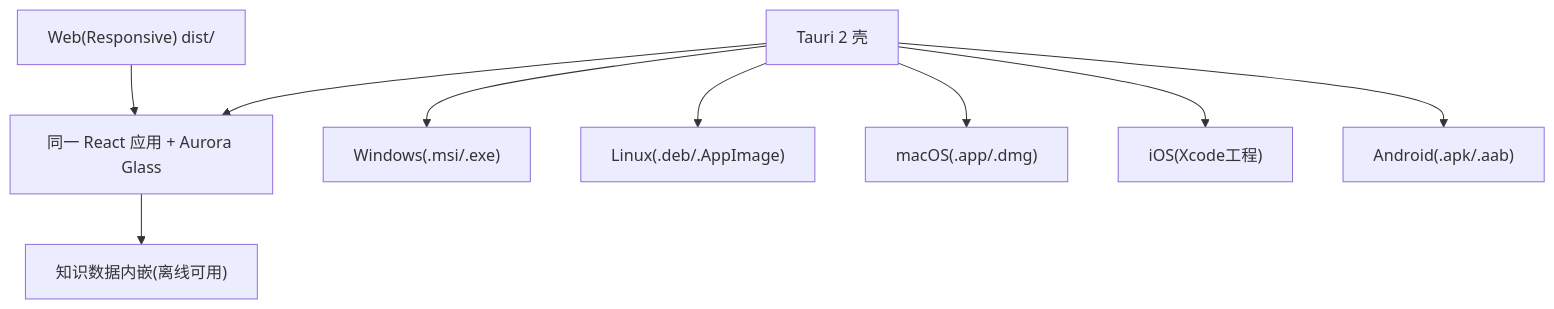
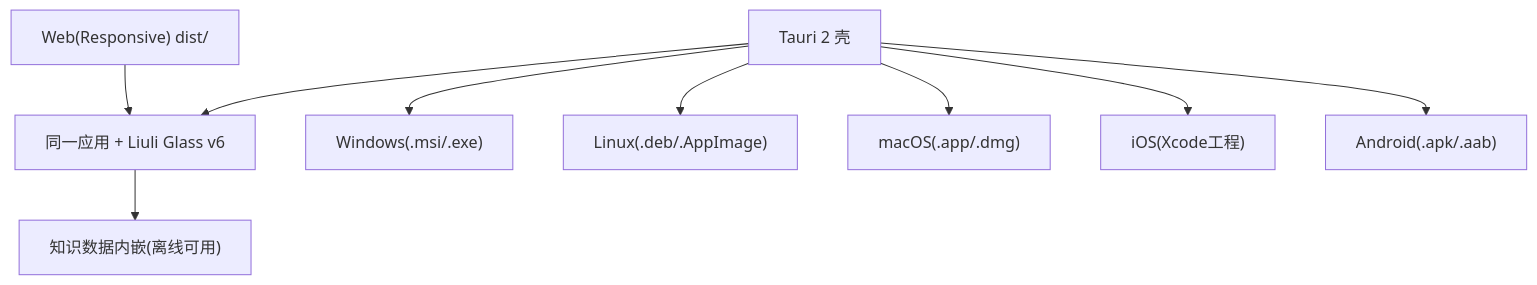
One commit to zhaoxuan-inside/AiIsAllYouNeed changed the diagram in hs_dev_docs/_02_feature_spec/_04_prototype_wireframe/feat011_distribution_prototype.md. Above: the diagram before and after it, drawn with Mermaid. The commit also changed 19 other files, not shown here.

First line of the commit message:
docs(stage0): v6 重设计「琉璃/Liuli Glass」— 高保真液态玻璃 + 单一呈现收敛（回应阶段0驳回）

````diff
--- a/hs_dev_docs/_02_feature_spec/_04_prototype_wireframe/feat011_distribution_prototype.md
+++ b/hs_dev_docs/_02_feature_spec/_04_prototype_wireframe/feat011_distribution_prototype.md
@@ -8,11 +8,11 @@
 ```mermaid
 flowchart TB
-  Web["Web(Responsive) dist/"] --> Core["同一 React 应用 + Aurora Glass"]
+  Web["Web(Responsive) dist/"] --> Core["同一应用 + Liuli Glass v6"]
   Shell["Tauri 2 壳"] --> Core
   Shell --> W["Windows(.msi/.exe)"]
   Shell --> L["Linux(.deb/.AppImage)"]
   Shell --> M["macOS(.app/.dmg)"]
   Shell --> IOS["iOS(Xcode工程)"]
   Shell --> AND["Android(.apk/.aab)"]
   Core --> Data["知识数据内嵌(离线可用)"]
 ```
````
